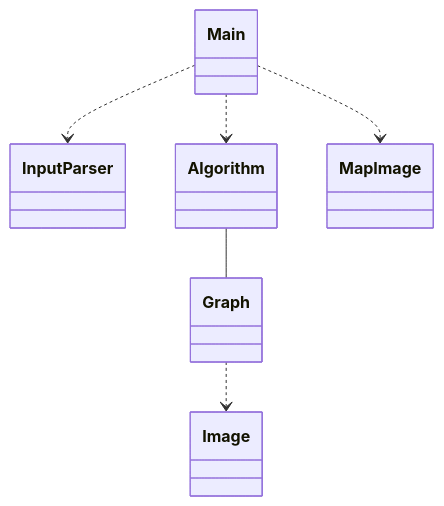
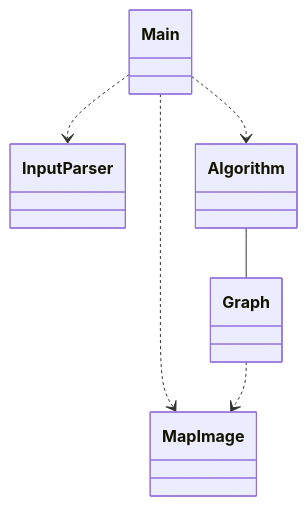
Before and after one commit to antonlep/shortest-path: the diagram in documentation/implementation.md, drawn with Mermaid.

````diff
--- a/documentation/implementation.md
+++ b/documentation/implementation.md
@@ -3,18 +3,18 @@
 ```mermaid
  classDiagram
       Main ..> InputParser
       Main ..> Algorithm
       Main ..> MapImage
       Algorithm -- Graph
-      Graph ..> Image
+      Graph ..> MapImage
       class Main{
       }
       class InputParser{
       }
       class Algorithm{
       }
       class MapImage{
       }
       class Graph{
       }
 ```
````
